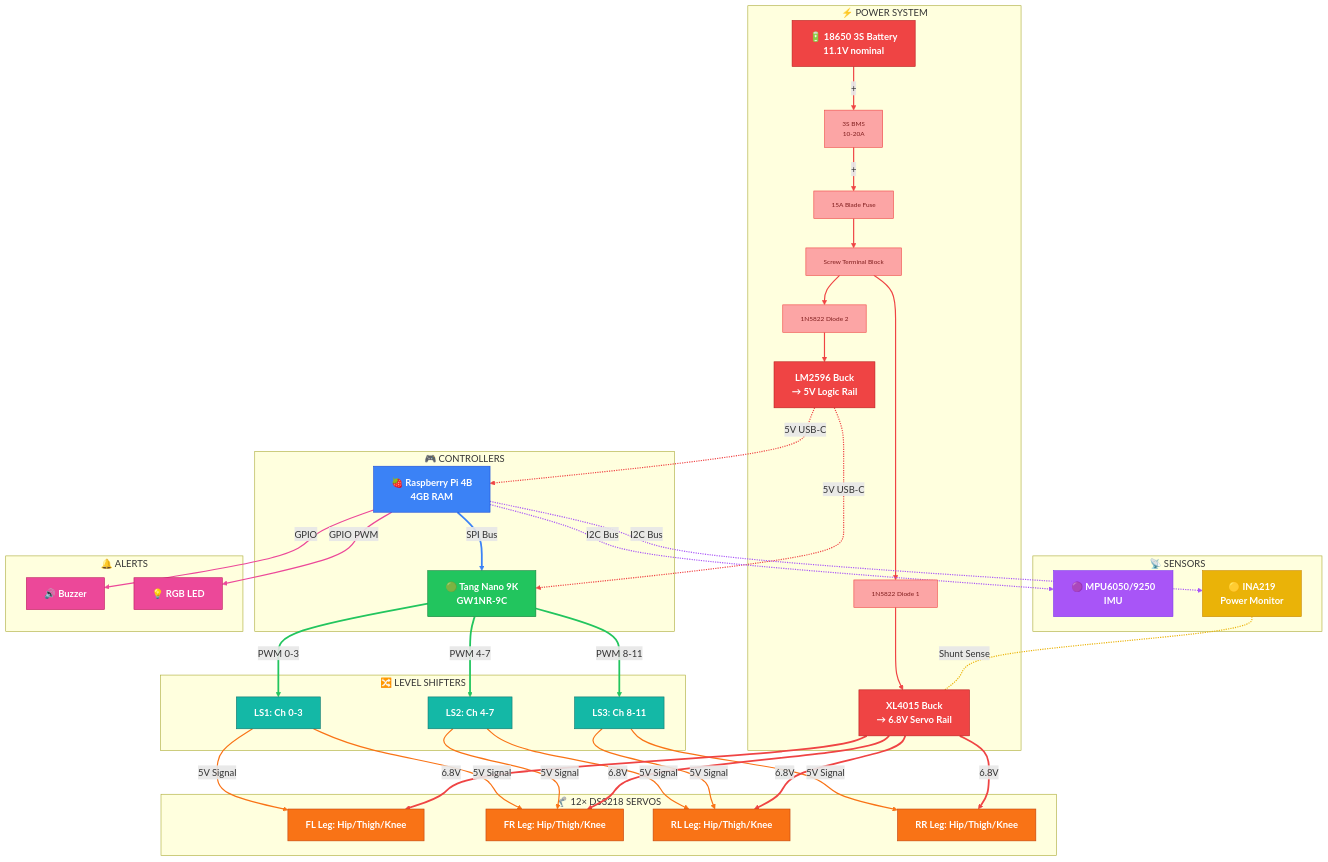
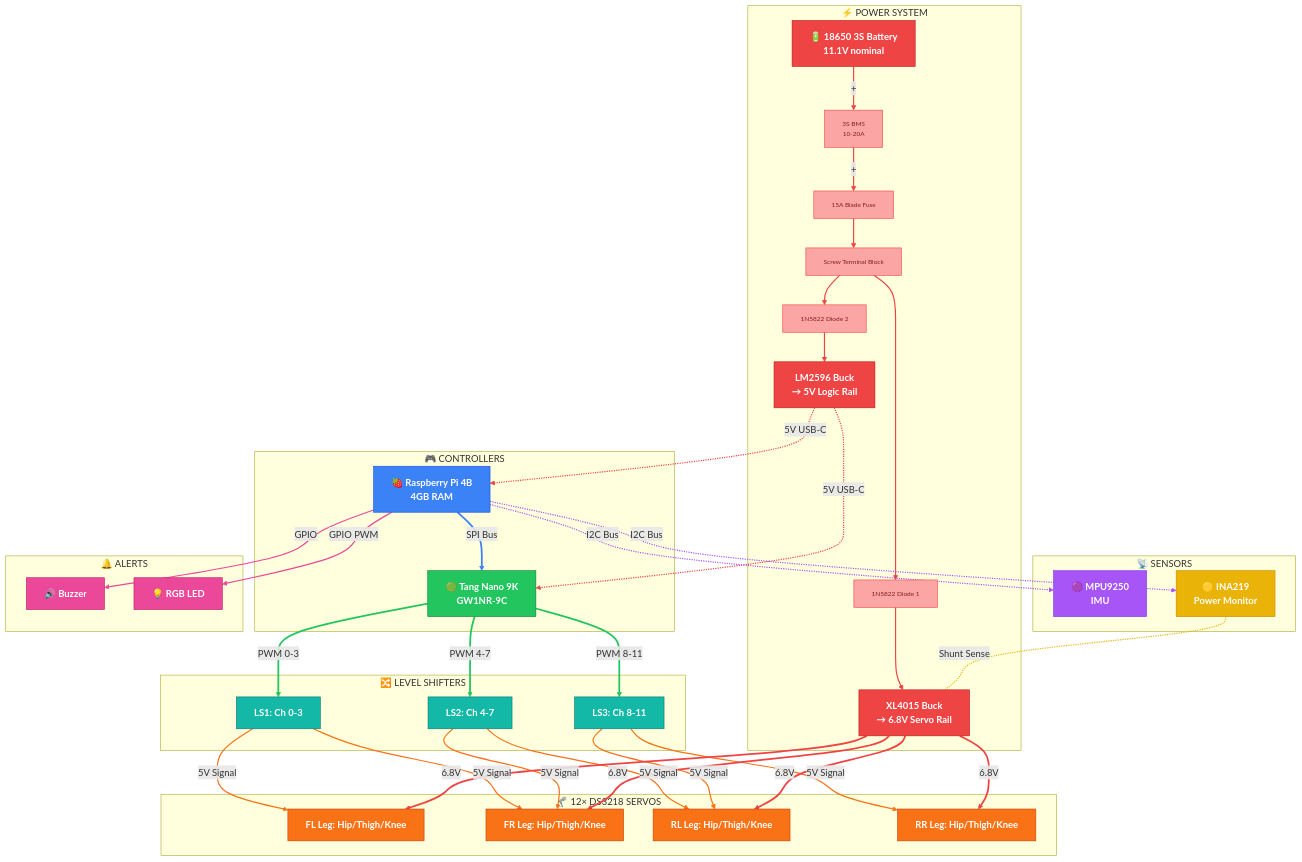
Before and after one commit to Major-Project-001/VIGIL-RQ: the diagram in control/docs/wiring_diagram.md, drawn with Mermaid. The commit also changed other lines of this file and 5 other files, not shown here.

Commit message:
docs: standardize IMU references to MPU9250 across all files

```diff
--- a/control/docs/wiring_diagram.md
+++ b/control/docs/wiring_diagram.md
@@ -88,7 +88,7 @@
     end
 
     subgraph SENSE["📡 SENSORS"]
-        IMU_MAIN["🟣 MPU6050/9250<br/>IMU"]:::sensor
+        IMU_MAIN["🟣 MPU9250<br/>IMU"]:::sensor
         INA_MAIN["🟡 INA219<br/>Power Monitor"]:::inaC
     end
 
```
